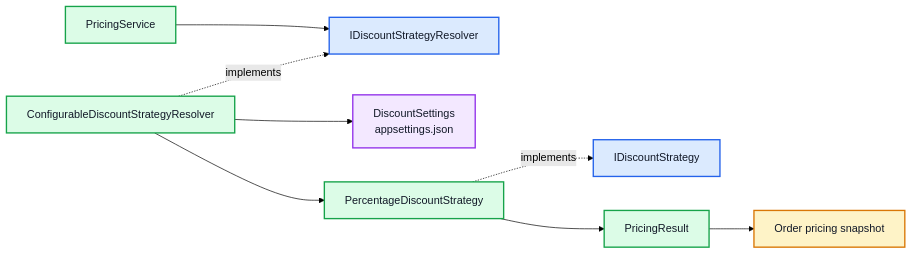
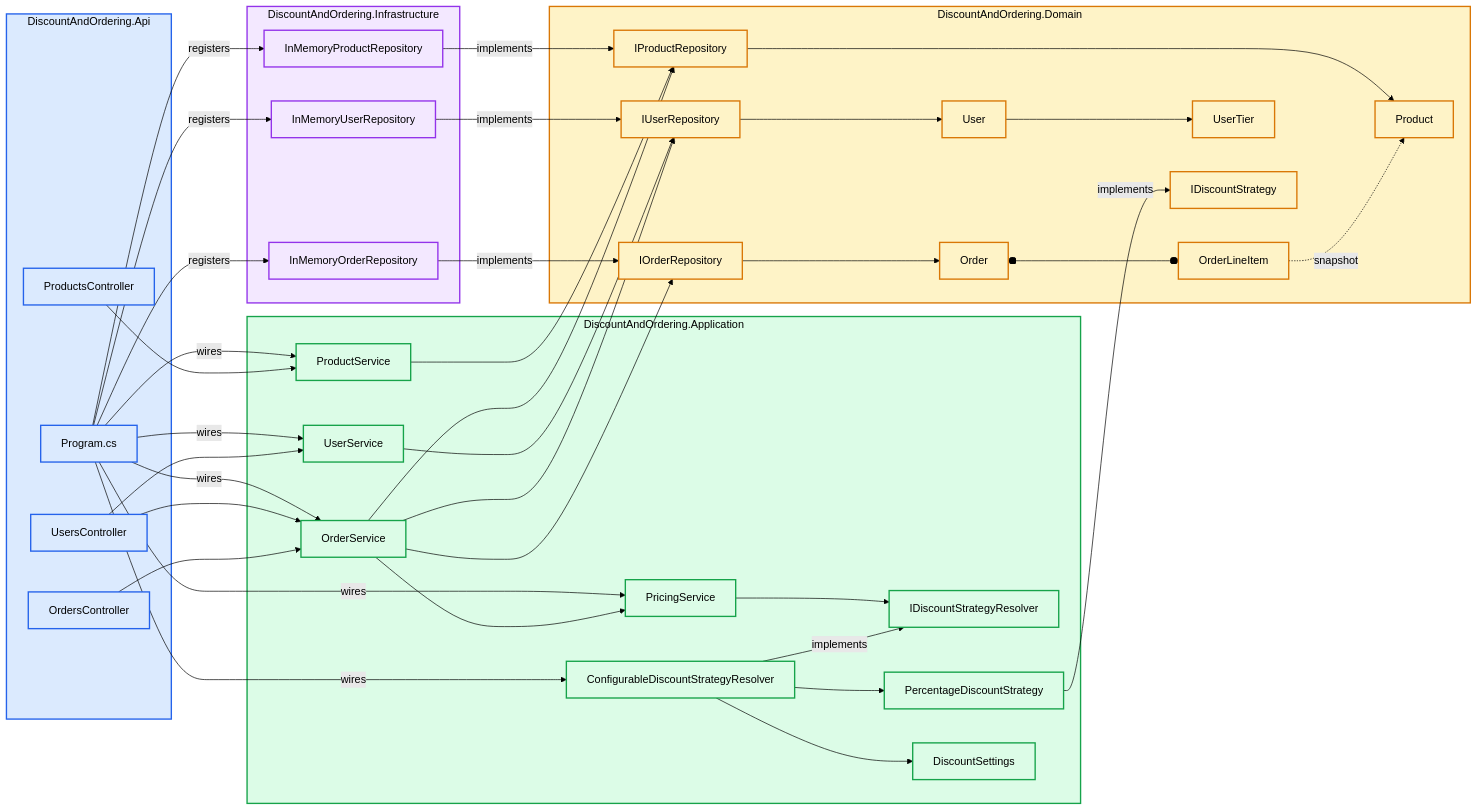
Before and after one commit to getdipakkumar2008-coder/strategypatterndiscountuserorder: the third of 5 diagrams in OnionandDDD.md, drawn with Mermaid (forest theme). The commit also changed other lines of this file, not shown here.

Commit message:
Simplify and fix Mermaid diagrams for clarity and correctness.

````diff
--- a/OnionandDDD.md
+++ b/OnionandDDD.md
@@ -206,20 +172,87 @@
 ```mermaid
-flowchart LR
-    PRICING["PricingService"] --> RESOLVER_PORT["IDiscountStrategyResolver"]
-    RESOLVER["ConfigurableDiscountStrategyResolver"] -. implements .-> RESOLVER_PORT
-    RESOLVER --> SETTINGS["DiscountSettings<br/>appsettings.json"]
-    RESOLVER --> STRATEGY["PercentageDiscountStrategy"]
-    STRATEGY -. implements .-> DISCOUNT["IDiscountStrategy"]
-    STRATEGY --> RESULT["PricingResult"]
-    RESULT --> ORDER["Order pricing snapshot"]
-
-    classDef app fill:#dcfce7,stroke:#16a34a,stroke-width:2px,color:#111827;
-    classDef contract fill:#dbeafe,stroke:#2563eb,stroke-width:2px,color:#111827;
-    classDef domain fill:#fef3c7,stroke:#d97706,stroke-width:2px,color:#111827;
-    classDef config fill:#f3e8ff,stroke:#9333ea,stroke-width:2px,color:#111827;
-
-    class PRICING,RESOLVER,STRATEGY,RESULT app;
-    class RESOLVER_PORT,DISCOUNT contract;
-    class ORDER domain;
-    class SETTINGS config;
+graph LR
+    subgraph API_LAYER["DiscountAndOrdering.Api"]
+        ProdCtrl["ProductsController"]
+        UserCtrl["UsersController"]
+        OrdCtrl["OrdersController"]
+        Program["Program.cs"]
+    end
+    
+    subgraph APP_LAYER["DiscountAndOrdering.Application"]
+        ProdSvc["ProductService"]
+        UserSvc["UserService"]
+        OrdSvc["OrderService"]
+        PriceSvc["PricingService"]
+        Resolver["ConfigurableDiscountStrategyResolver"]
+        ResolverInt["IDiscountStrategyResolver"]
+        Strategy["PercentageDiscountStrategy"]
+        DiscountSettings["DiscountSettings"]
+    end
+    
+    subgraph DOMAIN_LAYER["DiscountAndOrdering.Domain"]
+        User["User"]
+        Product["Product"]
+        Order["Order"]
+        LineItem["OrderLineItem"]
+        UserTier["UserTier"]
+        IUserRepo["IUserRepository"]
+        IProdRepo["IProductRepository"]
+        IOrdRepo["IOrderRepository"]
+        IDiscountStrat["IDiscountStrategy"]
+    end
+    
+    subgraph INFRA_LAYER["DiscountAndOrdering.Infrastructure"]
+        UserRepoImpl["InMemoryUserRepository"]
+        ProdRepoImpl["InMemoryProductRepository"]
+        OrdRepoImpl["InMemoryOrderRepository"]
+    end
+    
+    Program -->|wires| ProdSvc
+    Program -->|wires| UserSvc
+    Program -->|wires| OrdSvc
+    Program -->|wires| PriceSvc
+    Program -->|wires| Resolver
+    Program -->|registers| UserRepoImpl
+    Program -->|registers| ProdRepoImpl
+    Program -->|registers| OrdRepoImpl
+    
+    ProdCtrl --> ProdSvc
+    UserCtrl --> UserSvc
+    UserCtrl --> OrdSvc
+    OrdCtrl --> OrdSvc
+    
+    ProdSvc --> IProdRepo
+    UserSvc --> IUserRepo
+    OrdSvc --> IUserRepo
+    OrdSvc --> IProdRepo
+    OrdSvc --> IOrdRepo
+    OrdSvc --> PriceSvc
+    
+    PriceSvc --> ResolverInt
+    Resolver -->|implements| ResolverInt
+    Resolver --> DiscountSettings
+    Resolver --> Strategy
+    Strategy -->|implements| IDiscountStrat
+    
+    IUserRepo --> User
+    IProdRepo --> Product
+    IOrdRepo --> Order
+    
+    User --> UserTier
+    Order o--o LineItem
+    LineItem -.->|snapshot| Product
+    
+    UserRepoImpl -->|implements| IUserRepo
+    ProdRepoImpl -->|implements| IProdRepo
+    OrdRepoImpl -->|implements| IOrdRepo
+    
+    classDef apiLayer fill:#dbeafe,stroke:#2563eb,stroke-width:2px,color:#000
+    classDef appLayer fill:#dcfce7,stroke:#16a34a,stroke-width:2px,color:#000
+    classDef domainLayer fill:#fef3c7,stroke:#d97706,stroke-width:2px,color:#000
+    classDef infraLayer fill:#f3e8ff,stroke:#9333ea,stroke-width:2px,color:#000
+    
+    class API_LAYER,ProdCtrl,UserCtrl,OrdCtrl,Program apiLayer
+    class APP_LAYER,ProdSvc,UserSvc,OrdSvc,PriceSvc,Resolver,ResolverInt,Strategy,DiscountSettings appLayer
+    class DOMAIN_LAYER,User,Product,Order,LineItem,UserTier,IUserRepo,IProdRepo,IOrdRepo,IDiscountStrat domainLayer
+    class INFRA_LAYER,UserRepoImpl,ProdRepoImpl,OrdRepoImpl infraLayer
 ```
````
